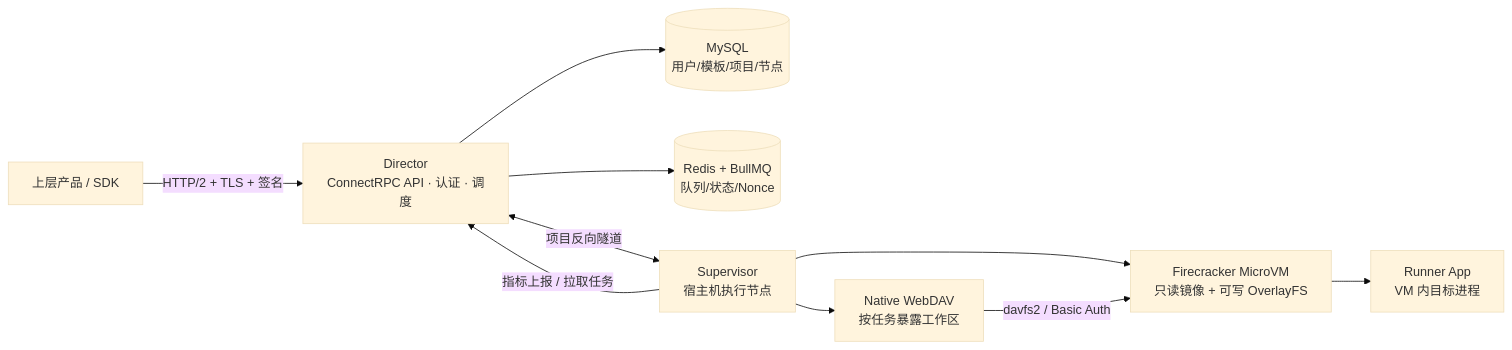
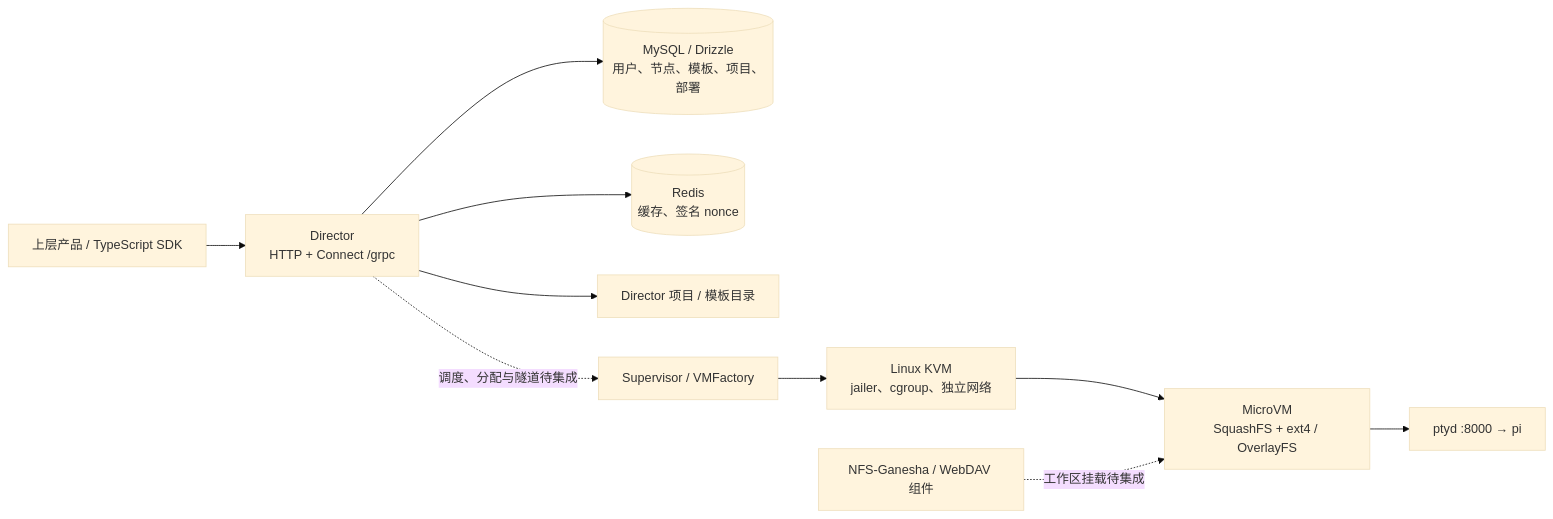
One commit to Orano-Labs/agent-worker changed the diagram in README.md. Above: the diagram before and after it, drawn with Mermaid (base theme). The commit also changed other lines of this file, not shown here.

First line of the commit message:
📝 (readme): rewrite README to reflect current architecture and boundaries

````diff
--- a/README.md
+++ b/README.md
@@ -17,21 +41,12 @@
 ```mermaid
 flowchart LR
-  Client["上层产品 / SDK"]
-  Director["Director<br/>ConnectRPC API · 认证 · 调度"]
-  MySQL[("MySQL<br/>用户/模板/项目/节点")]
-  Redis[("Redis + BullMQ<br/>队列/状态/Nonce")]
-  Supervisor["Supervisor<br/>宿主机执行节点"]
-  WebDAV["Native WebDAV<br/>按任务暴露工作区"]
-  VM["Firecracker MicroVM<br/>只读镜像 + 可写 OverlayFS"]
-  App["Runner App<br/>VM 内目标进程"]
-
-  Client -->|"HTTP/2 + TLS + 签名"| Director
-  Director --> MySQL
-  Director --> Redis
-  Supervisor -->|"指标上报 / 拉取任务"| Director
-  Director <-->|"项目反向隧道"| Supervisor
-  Supervisor --> WebDAV
-  Supervisor --> VM
-  WebDAV -->|"davfs2 / Basic Auth"| VM
-  VM --> App
+  Client["上层产品 / TypeScript SDK"] --> API["Director<br/>HTTP + Connect /grpc"]
+  API --> DB[("MySQL / Drizzle<br/>用户、节点、模板、项目、部署")]
+  API --> Redis[("Redis<br/>缓存、签名 nonce")]
+  API --> Files["Director 项目 / 模板目录"]
+  API -. "调度、分配与隧道待集成" .-> Supervisor["Supervisor / VMFactory"]
+  Supervisor --> Host["Linux KVM<br/>jailer、cgroup、独立网络"]
+  Host --> VM["MicroVM<br/>SquashFS + ext4 / OverlayFS"]
+  VM --> Terminal["ptyd :8000 → pi"]
+  Workspace["NFS-Ganesha / WebDAV 组件"] -. "工作区挂载待集成" .-> VM
 ```
````
